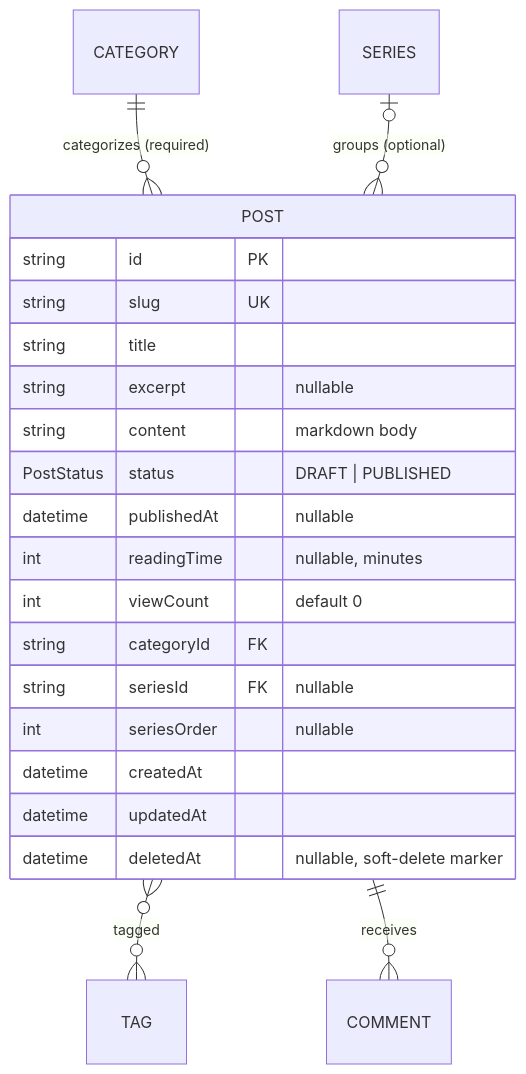
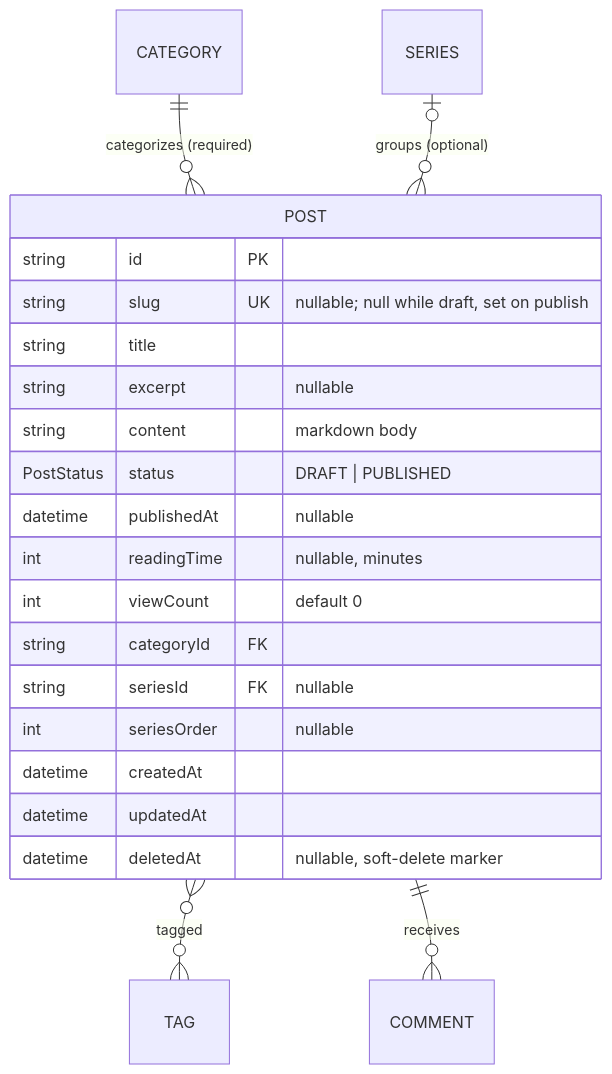
One commit to MASKUN2/inhology changed the diagram in design/domain/post.md. Above: the diagram before and after it, drawn with Mermaid. The commit also changed other lines of this file and 11 other files, not shown here.

First line of the commit message:
feat(api): service-managed post slug (null while draft, generated on publish)

````diff
--- a/design/domain/post.md
+++ b/design/domain/post.md
@@ -6,25 +6,25 @@
 ```mermaid
 erDiagram
     CATEGORY ||--o{ POST : "categorizes (required)"
     SERIES   |o--o{ POST : "groups (optional)"
     POST     }o--o{ TAG : "tagged"
     POST     ||--o{ COMMENT : "receives"
 
     POST {
         string     id PK
-        string     slug UK
+        string     slug UK "nullable; null while draft, set on publish"
         string     title
         string     excerpt "nullable"
         string     content "markdown body"
         PostStatus status "DRAFT | PUBLISHED"
         datetime   publishedAt "nullable"
         int        readingTime "nullable, minutes"
         int        viewCount "default 0"
         string     categoryId FK
         string     seriesId FK "nullable"
         int        seriesOrder "nullable"
         datetime   createdAt
         datetime   updatedAt
         datetime   deletedAt "nullable, soft-delete marker"
     }
 ```
````
